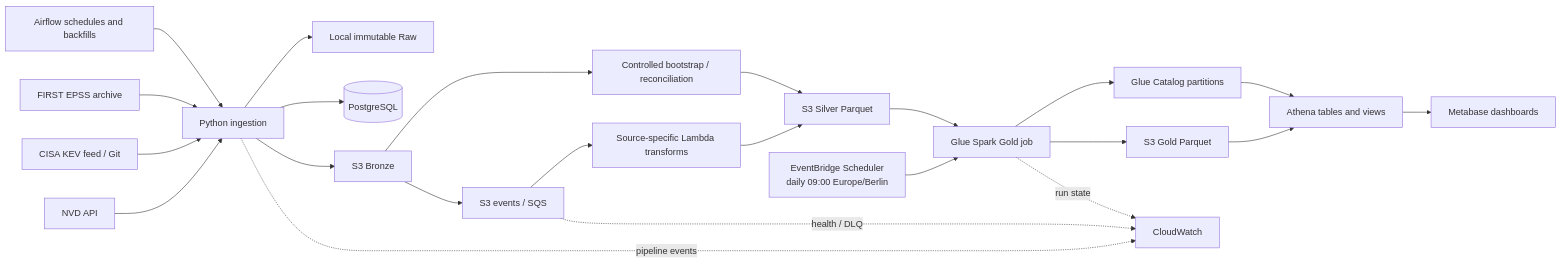
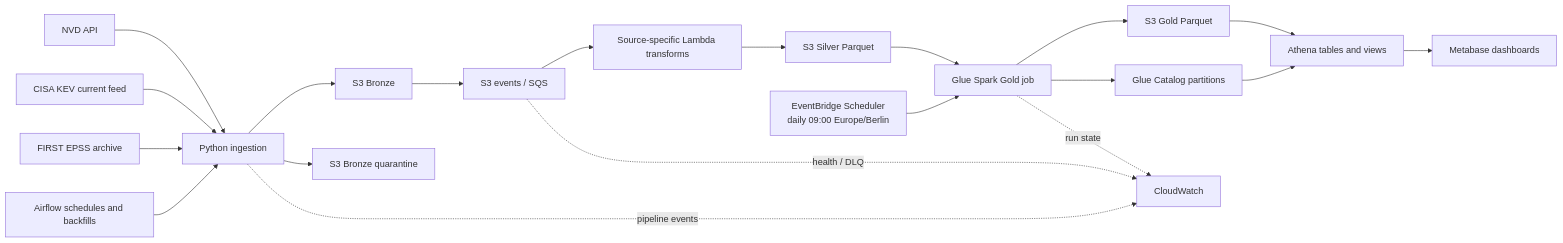
One commit to NataliaGurevich/threatflow-platform-capstone changed the diagram in README.md. Above: the diagram before and after it, drawn with Mermaid. The commit also changed other lines of this file and 59 other files, not shown here.

````diff
--- a/README.md
+++ b/README.md
@@ -41,29 +41,26 @@
 ```mermaid
 flowchart LR
     NVD[NVD API] --> INGEST[Python ingestion]
-    CISA[CISA KEV feed / Git] --> INGEST
+    CISA[CISA KEV current feed] --> INGEST
     EPSS[FIRST EPSS archive] --> INGEST
 
     AIRFLOW[Airflow schedules and backfills] --> INGEST
-    INGEST --> RAWLOCAL[Local immutable Raw]
-    INGEST --> PG[(PostgreSQL)]
     INGEST --> BRONZE[S3 Bronze]
+    INGEST --> QUARANTINE[S3 Bronze quarantine]
 
     BRONZE --> EVENTS[S3 events / SQS]
     EVENTS --> LAMBDA[Source-specific Lambda transforms]
-    BRONZE --> BOOTSTRAP[Controlled bootstrap / reconciliation]
     LAMBDA --> SILVER[S3 Silver Parquet]
-    BOOTSTRAP --> SILVER
 
     SCHEDULER[EventBridge Scheduler<br/>daily 09:00 Europe/Berlin] --> GLUE[Glue Spark Gold job]
     SILVER --> GLUE
     GLUE --> GOLD[S3 Gold Parquet]
     GLUE --> CATALOG[Glue Catalog partitions]
     GOLD --> ATHENA[Athena tables and views]
     CATALOG --> ATHENA
     ATHENA --> METABASE[Metabase dashboards]
 
     INGEST -. pipeline events .-> CW[CloudWatch]
     EVENTS -. health / DLQ .-> CW
     GLUE -. run state .-> CW
 ```
````
